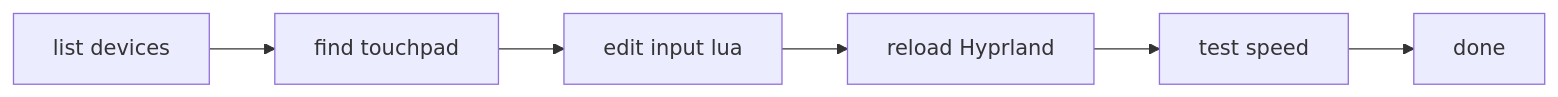
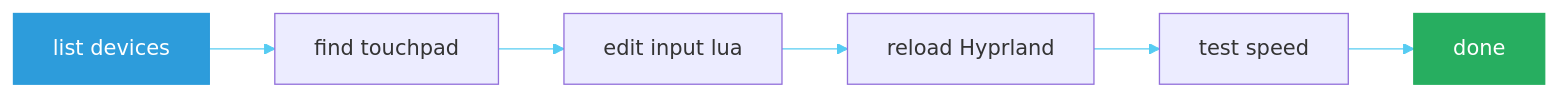
Before and after one commit to 444Nazky/My-Vault: the seventh of 11 diagrams in Graphs/System-Diagrams.md, drawn with Mermaid. The commit also changed other lines of this file and 15 other files, not shown here.

````diff
--- a/Graphs/System-Diagrams.md
+++ b/Graphs/System-Diagrams.md
@@ -131,8 +163,11 @@
 ```mermaid
+%%{init: {'theme': 'default', 'themeVariables': { 'primaryColor': '#56CCF2', 'lineColor': '#56CCF2'}}}%%
 flowchart LR
  A["list devices"] --> B["find touchpad"]
  B --> C["edit input lua"]
  C --> D["reload Hyprland"]
  D --> E["test speed"]
  E --> F["done"]
+ style A fill:#2D9CDB,stroke:#2D9CDB,color:#fff
+ style F fill:#27AE60,stroke:#27AE60,color:#fff
 ```
````
